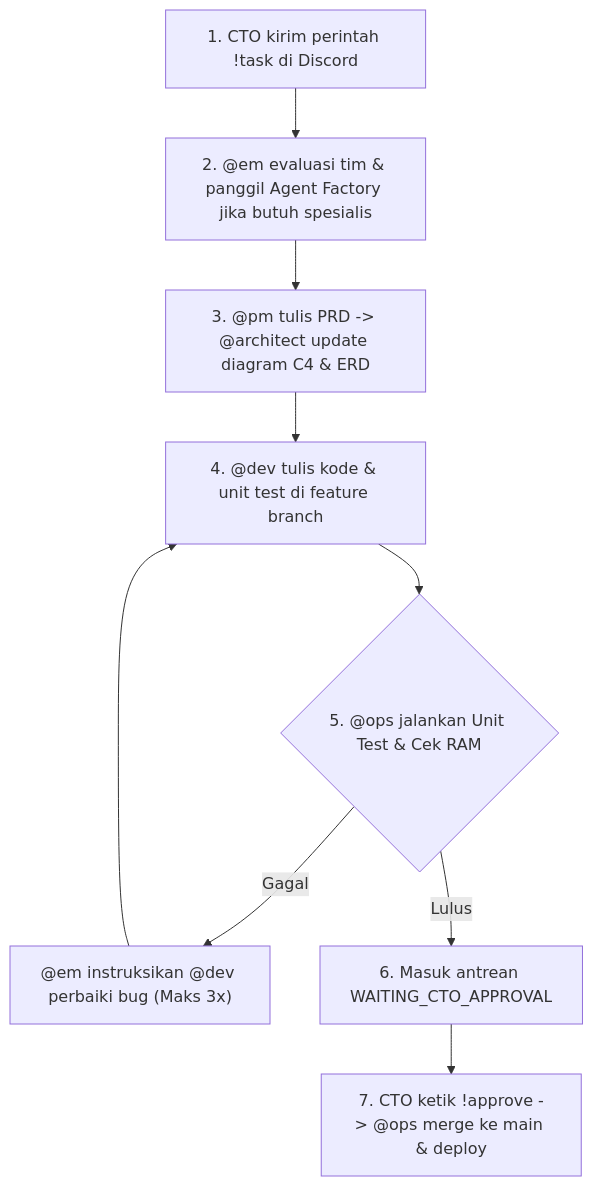
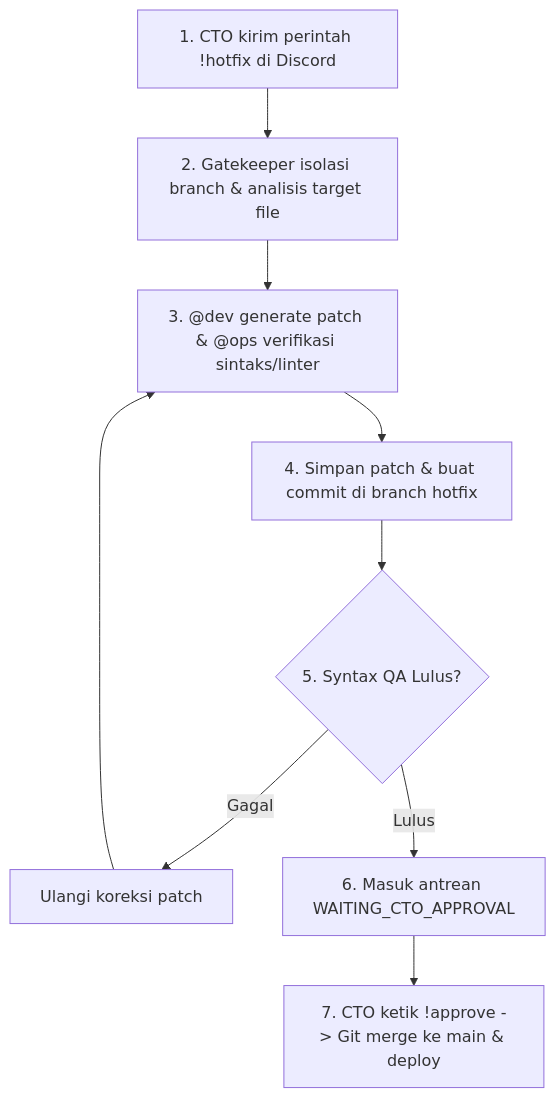
Before and after one commit to yudhinurb/pak-dir: the diagram in docs/architecture/sequences.md, drawn with Mermaid. The commit also changed 5 other files, not shown here.

Commit message:
refactor: remove legacy !task command, add hotfix CLI, and update docs

````diff
--- a/docs/architecture/sequences.md
+++ b/docs/architecture/sequences.md
@@ -7,20 +7,20 @@
 ```mermaid
 flowchart TD
-    S1["1. CTO kirim perintah !task di Discord"]
-    S2["2. @em evaluasi tim & panggil Agent Factory jika butuh spesialis"]
-    S3["3. @pm tulis PRD -> @architect update diagram C4 & ERD"]
-    S4["4. @dev tulis kode & unit test di feature branch"]
-    S5{"5. @ops jalankan Unit Test & Cek RAM"}
-    SFix["@em instruksikan @dev perbaiki bug (Maks 3x)"]
+    S1["1. CTO kirim perintah !hotfix di Discord"]
+    S2["2. Gatekeeper isolasi branch & analisis target file"]
+    S3["3. @dev generate patch & @ops verifikasi sintaks/linter"]
+    S4["4. Simpan patch & buat commit di branch hotfix"]
+    S5{"5. Syntax QA Lulus?"}
+    SFix["Ulangi koreksi patch"]
     S6["6. Masuk antrean WAITING_CTO_APPROVAL"]
-    S7["7. CTO ketik !approve -> @ops merge ke main & deploy"]
+    S7["7. CTO ketik !approve -> Git merge ke main & deploy"]
 
     S1 --> S2
     S2 --> S3
     S3 --> S4
     S4 --> S5
     S5 -->|"Gagal"| SFix
-    SFix --> S4
+    SFix --> S3
     S5 -->|"Lulus"| S6
     S6 --> S7
 ```
````
